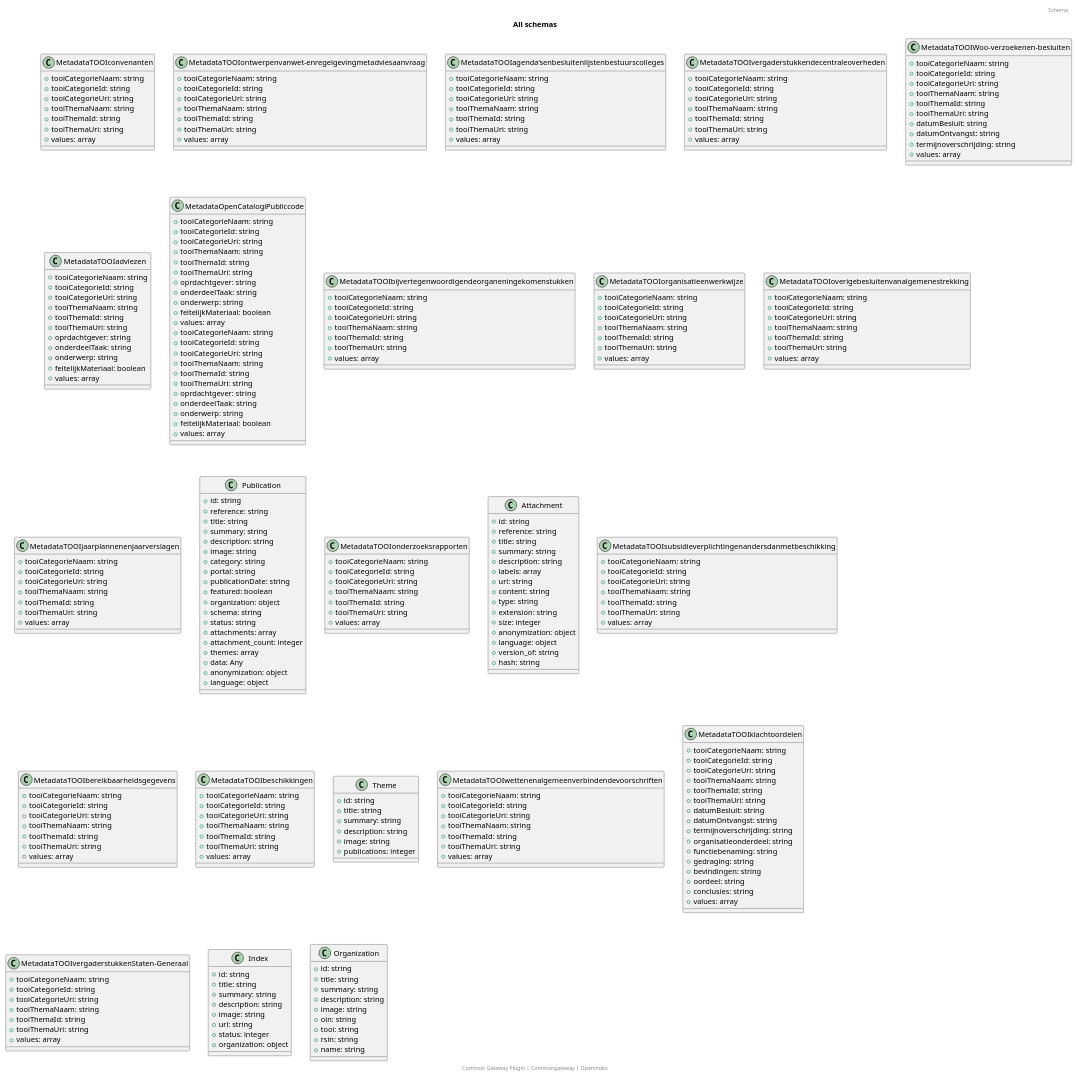
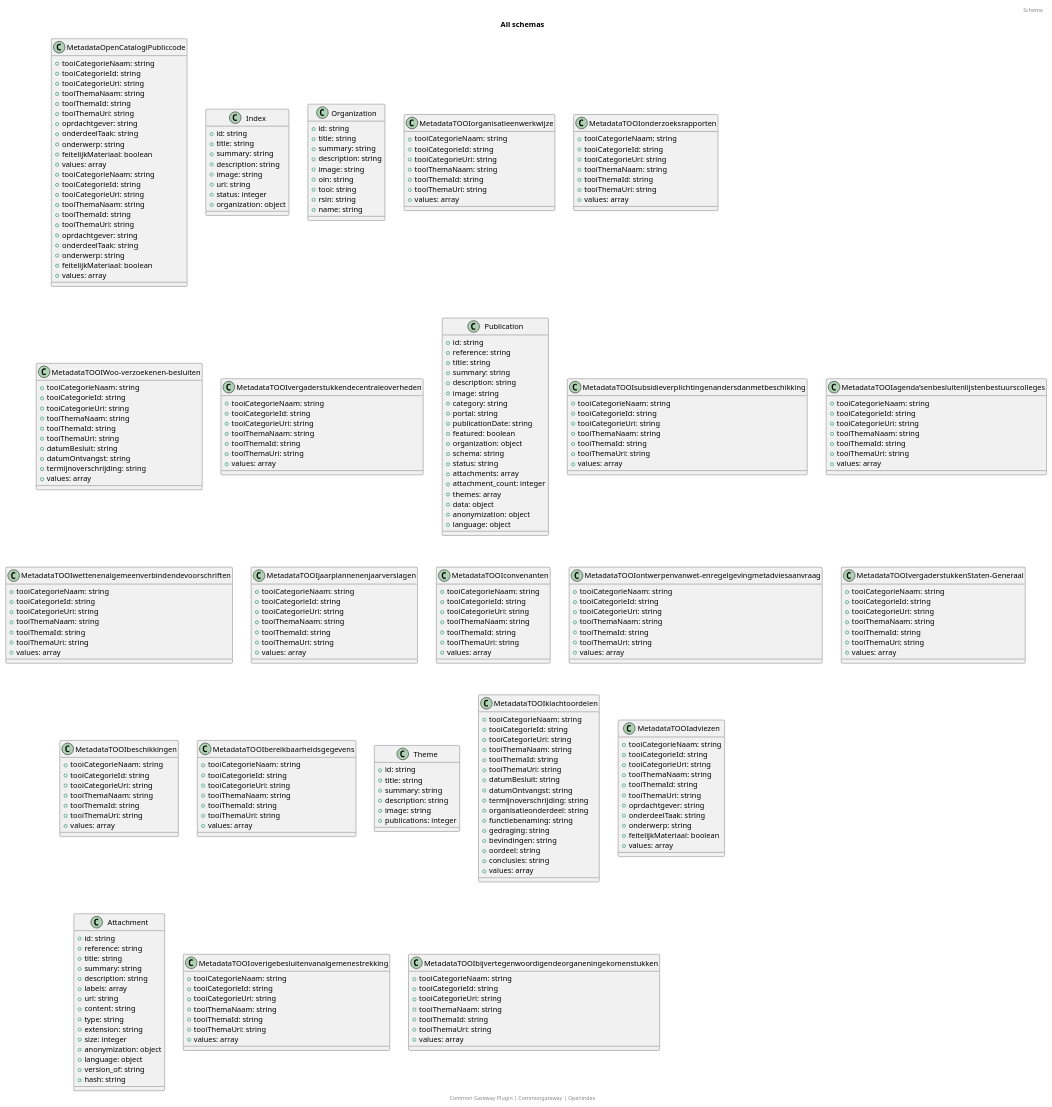
One commit to CommonGateway/OpenIndex changed the diagram in docs/schema/all_schema_classes.puml. Above: the diagram before and after it, drawn with PlantUML. The commit also changed 26 other files, not shown here.

```diff
--- a/docs/schema/all_schema_classes.puml
+++ b/docs/schema/all_schema_classes.puml
@@ -2,67 +2,6 @@
 title: All schemas
 footer: Common Gateway Plugin | Commongateway | Openindex 
 header: Schema
-class MetadataTOOIconvenanten {
-  + tooiCategorieNaam: string
-  + tooiCategorieId: string
-  + tooiCategorieUri: string
-  + tooiThemaNaam: string
-  + tooiThemaId: string
-  + tooiThemaUri: string
-  + values: array
-}
-class MetadataTOOIontwerpenvanwet-enregelgevingmetadviesaanvraag {
-  + tooiCategorieNaam: string
-  + tooiCategorieId: string
-  + tooiCategorieUri: string
-  + tooiThemaNaam: string
-  + tooiThemaId: string
-  + tooiThemaUri: string
-  + values: array
-}
-class MetadataTOOIagenda’senbesluitenlijstenbestuurscolleges {
-  + tooiCategorieNaam: string
-  + tooiCategorieId: string
-  + tooiCategorieUri: string
-  + tooiThemaNaam: string
-  + tooiThemaId: string
-  + tooiThemaUri: string
-  + values: array
-}
-class MetadataTOOIvergaderstukkendecentraleoverheden {
-  + tooiCategorieNaam: string
-  + tooiCategorieId: string
-  + tooiCategorieUri: string
-  + tooiThemaNaam: string
-  + tooiThemaId: string
-  + tooiThemaUri: string
-  + values: array
-}
-class MetadataTOOIWoo-verzoekenen-besluiten {
-  + tooiCategorieNaam: string
-  + tooiCategorieId: string
-  + tooiCategorieUri: string
-  + tooiThemaNaam: string
-  + tooiThemaId: string
-  + tooiThemaUri: string
-  + datumBesluit: string
-  + datumOntvangst: string
-  + termijnoverschrijding: string
-  + values: array
-}
-class MetadataTOOIadviezen {
-  + tooiCategorieNaam: string
-  + tooiCategorieId: string
-  + tooiCategorieUri: string
-  + tooiThemaNaam: string
-  + tooiThemaId: string
-  + tooiThemaUri: string
-  + oprdachtgever: string
-  + onderdeelTaak: string
-  + onderwerp: string
-  + feitelijkMateriaal: boolean
-  + values: array
-}
 class MetadataOpenCatalogiPubliccode {
   + tooiCategorieNaam: string
   + tooiCategorieId: string
@@ -74,173 +13,6 @@
   + onderdeelTaak: string
   + onderwerp: string
   + feitelijkMateriaal: boolean
-  + values: array
-}
-class MetadataTOOIbijvertegenwoordigendeorganeningekomenstukken {
-  + tooiCategorieNaam: string
-  + tooiCategorieId: string
-  + tooiCategorieUri: string
-  + tooiThemaNaam: string
-  + tooiThemaId: string
-  + tooiThemaUri: string
-  + values: array
-}
-class MetadataTOOIorganisatieenwerkwijze {
-  + tooiCategorieNaam: string
-  + tooiCategorieId: string
-  + tooiCategorieUri: string
-  + tooiThemaNaam: string
-  + tooiThemaId: string
-  + tooiThemaUri: string
-  + values: array
-}
-class MetadataTOOIoverigebesluitenvanalgemenestrekking {
-  + tooiCategorieNaam: string
-  + tooiCategorieId: string
-  + tooiCategorieUri: string
-  + tooiThemaNaam: string
-  + tooiThemaId: string
-  + tooiThemaUri: string
-  + values: array
-}
-class MetadataTOOIjaarplannenenjaarverslagen {
-  + tooiCategorieNaam: string
-  + tooiCategorieId: string
-  + tooiCategorieUri: string
-  + tooiThemaNaam: string
-  + tooiThemaId: string
-  + tooiThemaUri: string
-  + values: array
-}
-class MetadataOpenCatalogiPubliccode {
-  + tooiCategorieNaam: string
-  + tooiCategorieId: string
-  + tooiCategorieUri: string
-  + tooiThemaNaam: string
-  + tooiThemaId: string
-  + tooiThemaUri: string
-  + oprdachtgever: string
-  + onderdeelTaak: string
-  + onderwerp: string
-  + feitelijkMateriaal: boolean
-  + values: array
-}
-class Publication {
-  + id: string
-  + reference: string
-  + title: string
-  + summary: string
-  + description: string
-  + image: string
-  + category: string
-  + portal: string
-  + publicationDate: string
-  + featured: boolean
-  + organization: object
-  + schema: string
-  + status: string
-  + attachments: array
-  + attachment_count: integer
-  + themes: array
-  + data: Any
-  + anonymization: object
-  + language: object
-}
-class MetadataTOOIonderzoeksrapporten {
-  + tooiCategorieNaam: string
-  + tooiCategorieId: string
-  + tooiCategorieUri: string
-  + tooiThemaNaam: string
-  + tooiThemaId: string
-  + tooiThemaUri: string
-  + values: array
-}
-class Attachment {
-  + id: string
-  + reference: string
-  + title: string
-  + summary: string
-  + description: string
-  + labels: array
-  + url: string
-  + content: string
-  + type: string
-  + extension: string
-  + size: integer
-  + anonymization: object
-  + language: object
-  + version_of: string
-  + hash: string
-}
-class MetadataTOOIsubsidieverplichtingenandersdanmetbeschikking {
-  + tooiCategorieNaam: string
-  + tooiCategorieId: string
-  + tooiCategorieUri: string
-  + tooiThemaNaam: string
-  + tooiThemaId: string
-  + tooiThemaUri: string
-  + values: array
-}
-class MetadataTOOIbereikbaarheidsgegevens {
-  + tooiCategorieNaam: string
-  + tooiCategorieId: string
-  + tooiCategorieUri: string
-  + tooiThemaNaam: string
-  + tooiThemaId: string
-  + tooiThemaUri: string
-  + values: array
-}
-class MetadataTOOIbeschikkingen {
-  + tooiCategorieNaam: string
-  + tooiCategorieId: string
-  + tooiCategorieUri: string
-  + tooiThemaNaam: string
-  + tooiThemaId: string
-  + tooiThemaUri: string
-  + values: array
-}
-class Theme {
-  + id: string
-  + title: string
-  + summary: string
-  + description: string
-  + image: string
-  + publications: integer
-}
-class MetadataTOOIwettenenalgemeenverbindendevoorschriften {
-  + tooiCategorieNaam: string
-  + tooiCategorieId: string
-  + tooiCategorieUri: string
-  + tooiThemaNaam: string
-  + tooiThemaId: string
-  + tooiThemaUri: string
-  + values: array
-}
-class MetadataTOOIklachtoordelen {
-  + tooiCategorieNaam: string
-  + tooiCategorieId: string
-  + tooiCategorieUri: string
-  + tooiThemaNaam: string
-  + tooiThemaId: string
-  + tooiThemaUri: string
-  + datumBesluit: string
-  + datumOntvangst: string
-  + termijnoverschrijding: string
-  + organisatieonderdeel: string
-  + functiebenaming: string
-  + gedraging: string
-  + bevindingen: string
-  + oordeel: string
-  + conclusies: string
-  + values: array
-}
-class MetadataTOOIvergaderstukkenStaten-Generaal {
-  + tooiCategorieNaam: string
-  + tooiCategorieId: string
-  + tooiCategorieUri: string
-  + tooiThemaNaam: string
-  + tooiThemaId: string
-  + tooiThemaUri: string
   + values: array
 }
 class Index {
@@ -264,4 +36,232 @@
   + rsin: string
   + name: string
 }
+class MetadataTOOIorganisatieenwerkwijze {
+  + tooiCategorieNaam: string
+  + tooiCategorieId: string
+  + tooiCategorieUri: string
+  + tooiThemaNaam: string
+  + tooiThemaId: string
+  + tooiThemaUri: string
+  + values: array
+}
+class MetadataTOOIonderzoeksrapporten {
+  + tooiCategorieNaam: string
+  + tooiCategorieId: string
+  + tooiCategorieUri: string
+  + tooiThemaNaam: string
+  + tooiThemaId: string
+  + tooiThemaUri: string
+  + values: array
+}
+class MetadataTOOIWoo-verzoekenen-besluiten {
+  + tooiCategorieNaam: string
+  + tooiCategorieId: string
+  + tooiCategorieUri: string
+  + tooiThemaNaam: string
+  + tooiThemaId: string
+  + tooiThemaUri: string
+  + datumBesluit: string
+  + datumOntvangst: string
+  + termijnoverschrijding: string
+  + values: array
+}
+class MetadataTOOIvergaderstukkendecentraleoverheden {
+  + tooiCategorieNaam: string
+  + tooiCategorieId: string
+  + tooiCategorieUri: string
+  + tooiThemaNaam: string
+  + tooiThemaId: string
+  + tooiThemaUri: string
+  + values: array
+}
+class Publication {
+  + id: string
+  + reference: string
+  + title: string
+  + summary: string
+  + description: string
+  + image: string
+  + category: string
+  + portal: string
+  + publicationDate: string
+  + featured: boolean
+  + organization: object
+  + schema: string
+  + status: string
+  + attachments: array
+  + attachment_count: integer
+  + themes: array
+  + data: object
+  + anonymization: object
+  + language: object
+}
+class MetadataOpenCatalogiPubliccode {
+  + tooiCategorieNaam: string
+  + tooiCategorieId: string
+  + tooiCategorieUri: string
+  + tooiThemaNaam: string
+  + tooiThemaId: string
+  + tooiThemaUri: string
+  + oprdachtgever: string
+  + onderdeelTaak: string
+  + onderwerp: string
+  + feitelijkMateriaal: boolean
+  + values: array
+}
+class MetadataTOOIsubsidieverplichtingenandersdanmetbeschikking {
+  + tooiCategorieNaam: string
+  + tooiCategorieId: string
+  + tooiCategorieUri: string
+  + tooiThemaNaam: string
+  + tooiThemaId: string
+  + tooiThemaUri: string
+  + values: array
+}
+class MetadataTOOIagenda’senbesluitenlijstenbestuurscolleges {
+  + tooiCategorieNaam: string
+  + tooiCategorieId: string
+  + tooiCategorieUri: string
+  + tooiThemaNaam: string
+  + tooiThemaId: string
+  + tooiThemaUri: string
+  + values: array
+}
+class MetadataTOOIwettenenalgemeenverbindendevoorschriften {
+  + tooiCategorieNaam: string
+  + tooiCategorieId: string
+  + tooiCategorieUri: string
+  + tooiThemaNaam: string
+  + tooiThemaId: string
+  + tooiThemaUri: string
+  + values: array
+}
+class MetadataTOOIjaarplannenenjaarverslagen {
+  + tooiCategorieNaam: string
+  + tooiCategorieId: string
+  + tooiCategorieUri: string
+  + tooiThemaNaam: string
+  + tooiThemaId: string
+  + tooiThemaUri: string
+  + values: array
+}
+class MetadataTOOIconvenanten {
+  + tooiCategorieNaam: string
+  + tooiCategorieId: string
+  + tooiCategorieUri: string
+  + tooiThemaNaam: string
+  + tooiThemaId: string
+  + tooiThemaUri: string
+  + values: array
+}
+class MetadataTOOIontwerpenvanwet-enregelgevingmetadviesaanvraag {
+  + tooiCategorieNaam: string
+  + tooiCategorieId: string
+  + tooiCategorieUri: string
+  + tooiThemaNaam: string
+  + tooiThemaId: string
+  + tooiThemaUri: string
+  + values: array
+}
+class MetadataTOOIvergaderstukkenStaten-Generaal {
+  + tooiCategorieNaam: string
+  + tooiCategorieId: string
+  + tooiCategorieUri: string
+  + tooiThemaNaam: string
+  + tooiThemaId: string
+  + tooiThemaUri: string
+  + values: array
+}
+class MetadataTOOIbeschikkingen {
+  + tooiCategorieNaam: string
+  + tooiCategorieId: string
+  + tooiCategorieUri: string
+  + tooiThemaNaam: string
+  + tooiThemaId: string
+  + tooiThemaUri: string
+  + values: array
+}
+class MetadataTOOIbereikbaarheidsgegevens {
+  + tooiCategorieNaam: string
+  + tooiCategorieId: string
+  + tooiCategorieUri: string
+  + tooiThemaNaam: string
+  + tooiThemaId: string
+  + tooiThemaUri: string
+  + values: array
+}
+class Theme {
+  + id: string
+  + title: string
+  + summary: string
+  + description: string
+  + image: string
+  + publications: integer
+}
+class MetadataTOOIklachtoordelen {
+  + tooiCategorieNaam: string
+  + tooiCategorieId: string
+  + tooiCategorieUri: string
+  + tooiThemaNaam: string
+  + tooiThemaId: string
+  + tooiThemaUri: string
+  + datumBesluit: string
+  + datumOntvangst: string
+  + termijnoverschrijding: string
+  + organisatieonderdeel: string
+  + functiebenaming: string
+  + gedraging: string
+  + bevindingen: string
+  + oordeel: string
+  + conclusies: string
+  + values: array
+}
+class MetadataTOOIadviezen {
+  + tooiCategorieNaam: string
+  + tooiCategorieId: string
+  + tooiCategorieUri: string
+  + tooiThemaNaam: string
+  + tooiThemaId: string
+  + tooiThemaUri: string
+  + oprdachtgever: string
+  + onderdeelTaak: string
+  + onderwerp: string
+  + feitelijkMateriaal: boolean
+  + values: array
+}
+class Attachment {
+  + id: string
+  + reference: string
+  + title: string
+  + summary: string
+  + description: string
+  + labels: array
+  + url: string
+  + content: string
+  + type: string
+  + extension: string
+  + size: integer
+  + anonymization: object
+  + language: object
+  + version_of: string
+  + hash: string
+}
+class MetadataTOOIoverigebesluitenvanalgemenestrekking {
+  + tooiCategorieNaam: string
+  + tooiCategorieId: string
+  + tooiCategorieUri: string
+  + tooiThemaNaam: string
+  + tooiThemaId: string
+  + tooiThemaUri: string
+  + values: array
+}
+class MetadataTOOIbijvertegenwoordigendeorganeningekomenstukken {
+  + tooiCategorieNaam: string
+  + tooiCategorieId: string
+  + tooiCategorieUri: string
+  + tooiThemaNaam: string
+  + tooiThemaId: string
+  + tooiThemaUri: string
+  + values: array
+}
 @enduml
```
